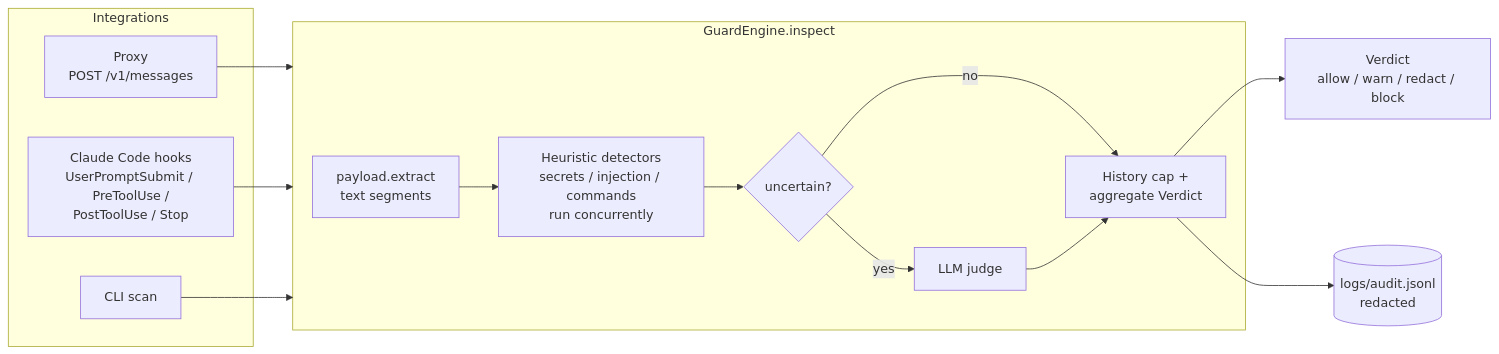
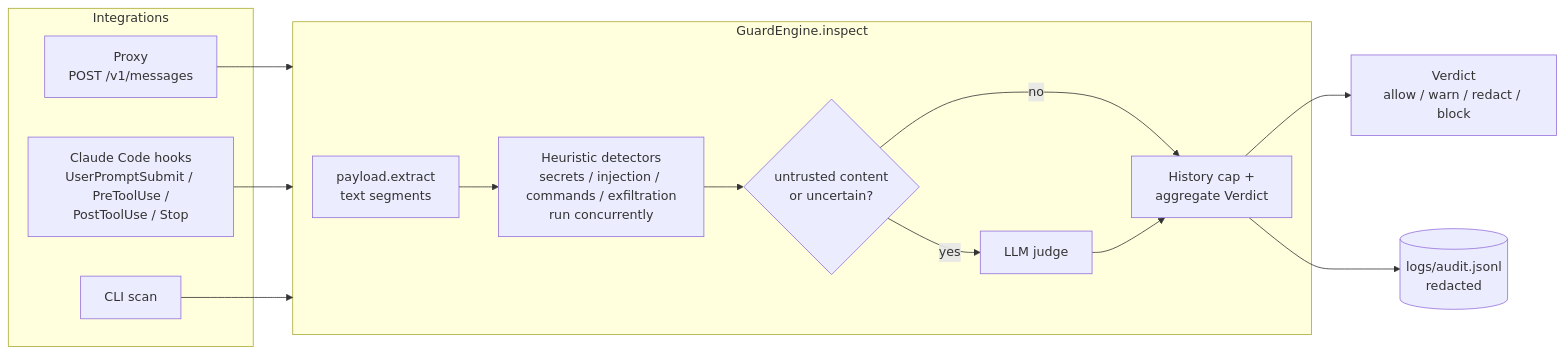
Before and after one commit to rkrzywiecki/claude-guard: the diagram in docs/architecture.md, drawn with Mermaid. The commit also changed 10 other files, not shown here.

First line of the commit message:
Judge untrusted content by default and share the judge budget fairly

````diff
--- a/docs/architecture.md
+++ b/docs/architecture.md
@@ -6,20 +6,20 @@
 ```mermaid
 flowchart LR
     subgraph Integrations
         P[Proxy<br/>POST /v1/messages]
         H[Claude Code hooks<br/>UserPromptSubmit / PreToolUse /<br/>PostToolUse / Stop]
         S[CLI scan]
     end
     P --> E
     H --> E
     S --> E
     subgraph E[GuardEngine.inspect]
         X[payload.extract<br/>text segments] --> D
-        D[Heuristic detectors<br/>secrets / injection / commands<br/>run concurrently] --> J{uncertain?}
+        D[Heuristic detectors<br/>secrets / injection / commands / exfiltration<br/>run concurrently] --> J{untrusted content<br/>or uncertain?}
         J -- yes --> L[LLM judge]
         J -- no --> A
         L --> A[History cap +<br/>aggregate Verdict]
     end
     A --> V[Verdict<br/>allow / warn / redact / block]
     A --> AU[(logs/audit.jsonl<br/>redacted)]
 ```
````
